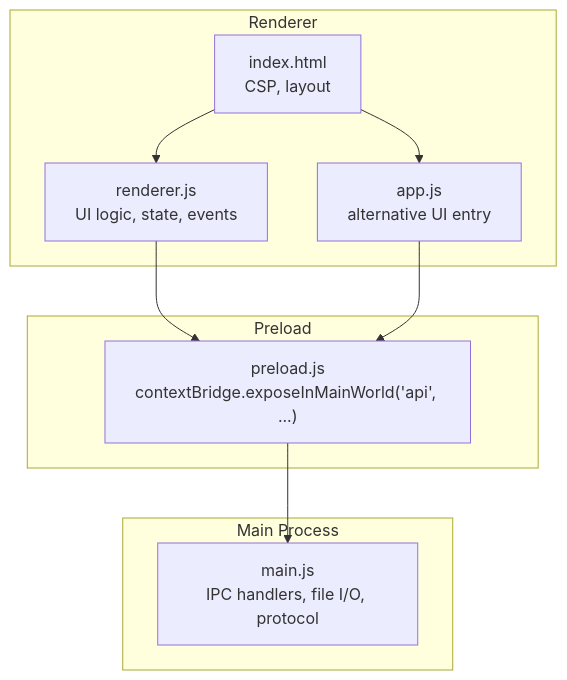
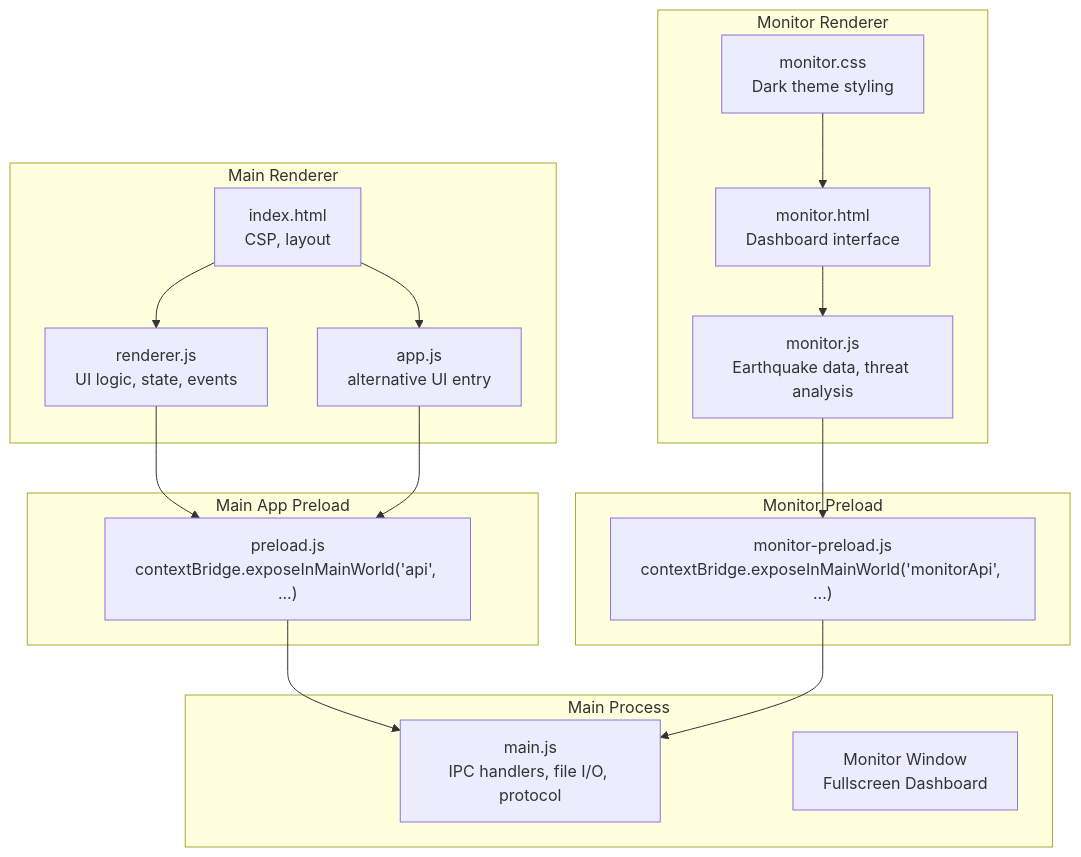
Before and after one commit to Annguyen0410/Personal-Messenger-Like-Storage-: the first of 3 diagrams in .qoder/repowiki/en/content/API Reference.md, drawn with Mermaid. The commit also changed other lines of this file and 10 other files, not shown here.

````diff
--- a/.qoder/repowiki/en/content/API Reference.md
+++ b/.qoder/repowiki/en/content/API Reference.md
@@ -50,19 +49,32 @@
 ```mermaid
 graph TB
 subgraph "Main Process"
 M["main.js<br/>IPC handlers, file I/O, protocol"]
+MW["Monitor Window<br/>Fullscreen Dashboard"]
 end
-subgraph "Preload"
+subgraph "Main App Preload"
 P["preload.js<br/>contextBridge.exposeInMainWorld('api', ...)"]
 end
-subgraph "Renderer"
+subgraph "Monitor Preload"
+MP["monitor-preload.js<br/>contextBridge.exposeInMainWorld('monitorApi', ...)"]
+end
+subgraph "Main Renderer"
 R1["renderer.js<br/>UI logic, state, events"]
 R2["app.js<br/>alternative UI entry"]
 H["index.html<br/>CSP, layout"]
 end
+subgraph "Monitor Renderer"
+MR["monitor.js<br/>Earthquake data, threat analysis"]
+MH["monitor.html<br/>Dashboard interface"]
+MCSS["monitor.css<br/>Dark theme styling"]
+end
 R1 --> P
 R2 --> P
 P --> M
+MR --> MP
+MP --> M
 H --> R1
 H --> R2
+MH --> MR
+MCSS --> MH
 ```
````
